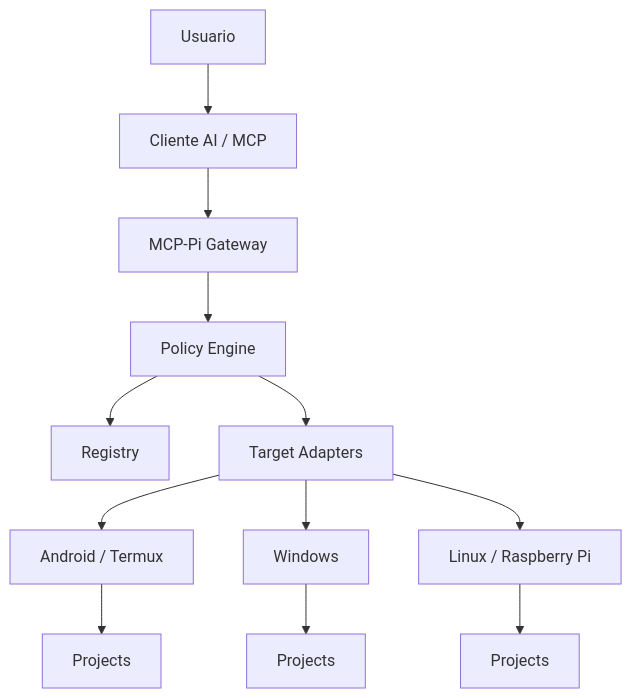
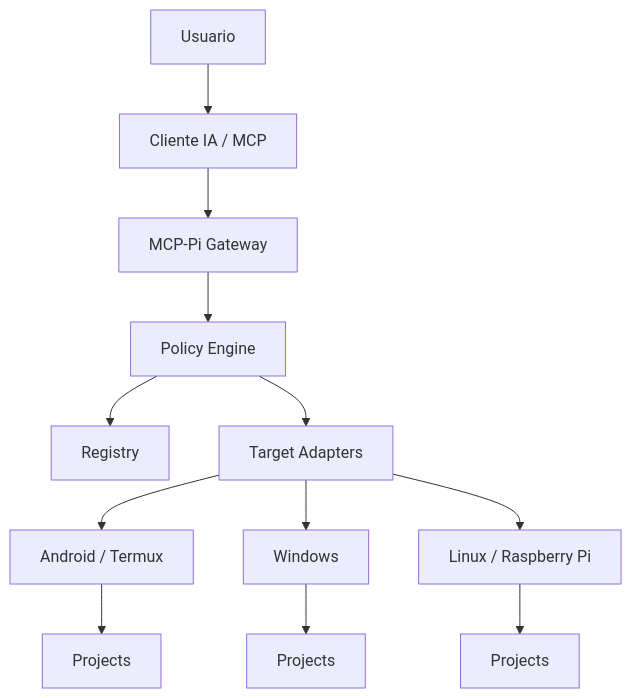
One commit to yorologo/Local-miniMCP changed the first of 12 diagrams in README.md. Above: the diagram before and after it, drawn with Mermaid. The commit also changed other lines of this file and 8 other files, not shown here.

````diff
--- a/README.md
+++ b/README.md
@@ -50,14 +49,14 @@
 ```mermaid
 flowchart TD
-    U[Usuario] --> C[Cliente AI / MCP]
+    U[Usuario] --> C[Cliente IA / MCP]
     C --> G[MCP-Pi Gateway]
     G --> P[Policy Engine]
     P --> R[Registry]
     P --> T[Target Adapters]
     T --> A[Android / Termux]
     T --> W[Windows]
     T --> L[Linux / Raspberry Pi]
     A --> PA[Projects]
     W --> PW[Projects]
     L --> PL[Projects]
 ```
````
